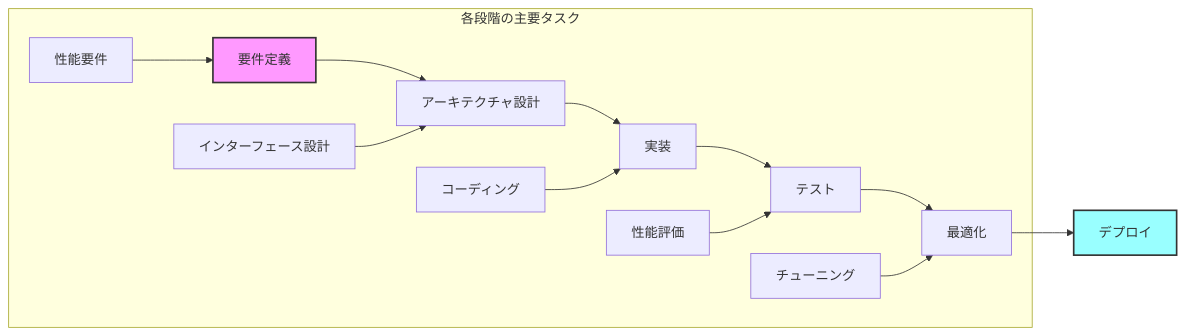
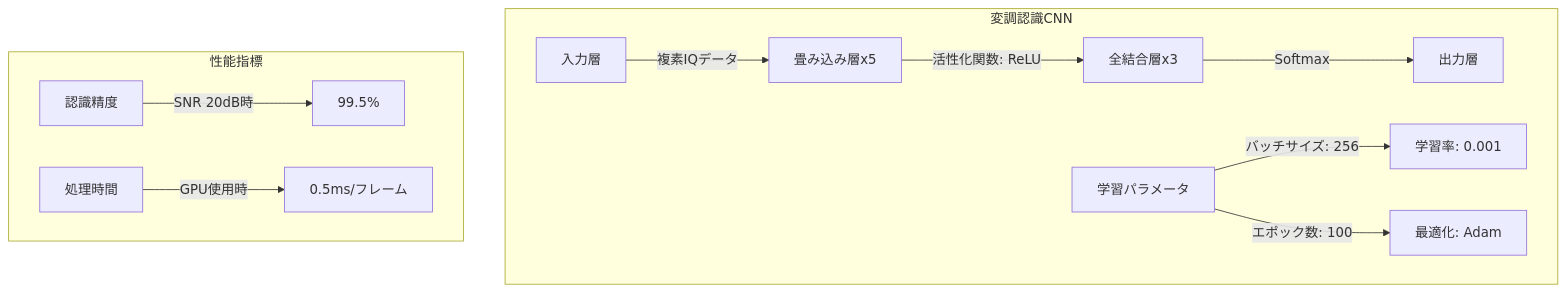
One commit to uecken/docs changed diagram 19 of 22 in デジタル通信/readme.md. Above: the diagram before and after it, drawn with Mermaid. The commit also changed other lines of this file, not shown here.

````diff
--- a/デジタル通信/readme.md
+++ b/デジタル通信/readme.md
@@ -768,19 +683,17 @@
 ```mermaid
-graph LR
-    A[要件定義] --> B[アーキテクチャ設計]
-    B --> C[実装]
-    C --> D[テスト]
-    D --> E[最適化]
-    E --> F[デプロイ]
+graph TD
+    subgraph 変調認識CNN
+    A[入力層] -->|複素IQデータ| B[畳み込み層x5]
+    B -->|活性化関数: ReLU| C[全結合層x3]
+    C -->|Softmax| D[出力層]
     
-    subgraph 各段階の主要タスク
-    G[性能要件] --> A
-    H[インターフェース設計] --> B
-    I[コーディング] --> C
-    J[性能評価] --> D
-    K[チューニング] --> E
+    E[学習パラメータ]
+    E -->|バッチサイズ: 256| F[学習率: 0.001]
+    E -->|エポック数: 100| G[最適化: Adam]
     end
     
-    style A fill:#f9f,stroke:#333,stroke-width:2px
-    style F fill:#9ff,stroke:#333,stroke-width:2px
+    subgraph 性能指標
+    H[認識精度] -->|SNR 20dB時| I[99.5%]
+    J[処理時間] -->|GPU使用時| K[0.5ms/フレーム]
+    end
 ```
````
